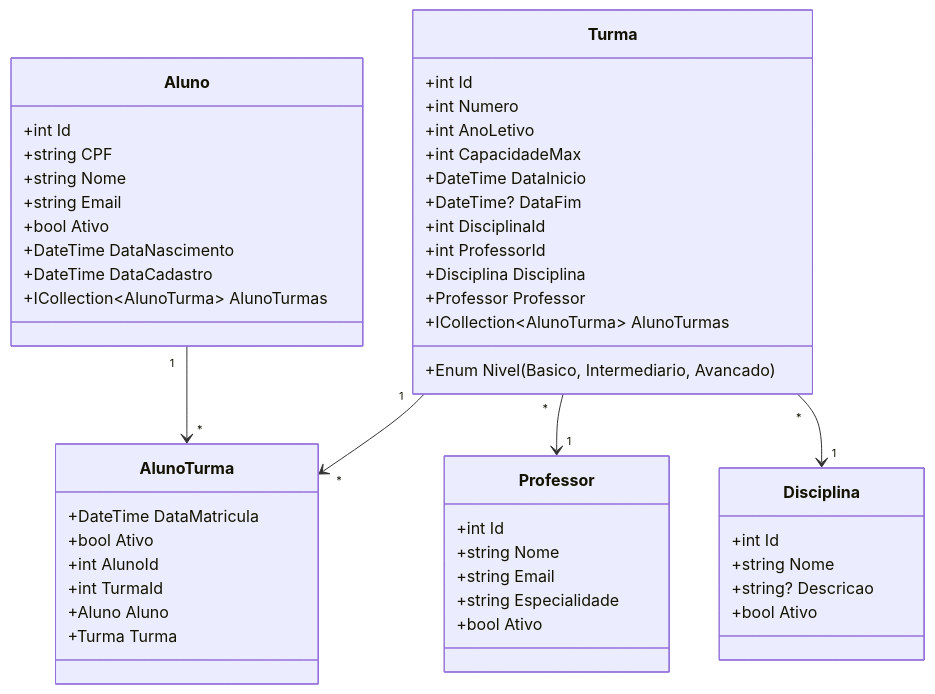
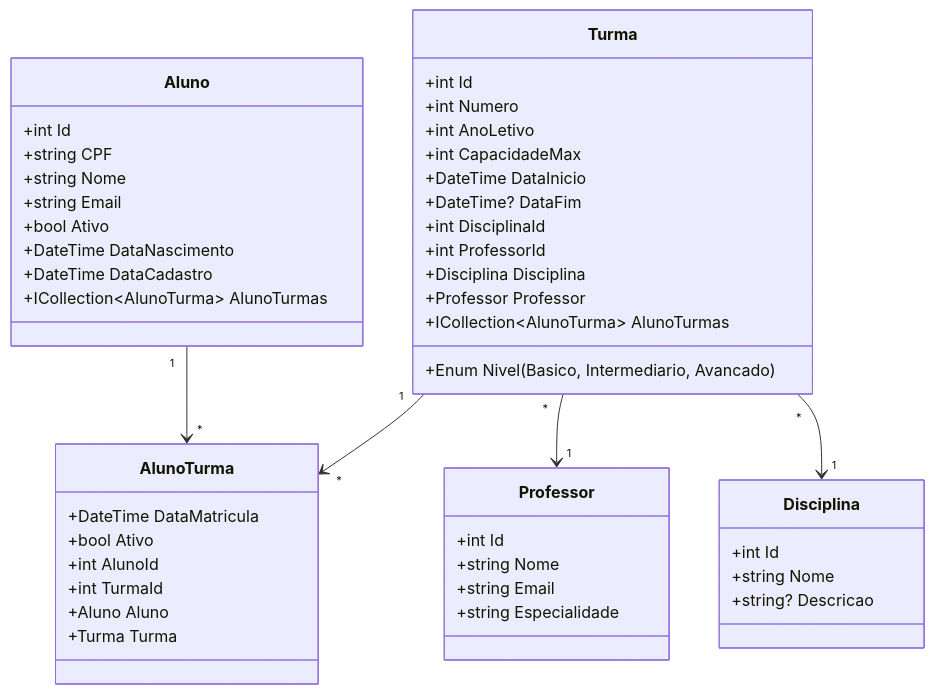
Before and after one commit to carlosfelipesantos/SpeakCore: the diagram in README.md, drawn with Mermaid.

Commit message:
Update README.md
Removed 'Ativo' property from 'Professor' and 'Disciplina' classes.

````diff
--- a/README.md
+++ b/README.md
@@ -33,57 +33,55 @@
 ```mermaid
 classDiagram
     class Aluno {
         +int Id
         +string CPF
         +string Nome
         +string Email
         +bool Ativo
         +DateTime DataNascimento
         +DateTime DataCadastro
         +ICollection~AlunoTurma~ AlunoTurmas
     }
 
     class Turma {
         +int Id
         +int Numero
         +int AnoLetivo
         +int CapacidadeMax
         +Enum Nivel (Basico, Intermediario, Avancado)
         +DateTime DataInicio
         +DateTime? DataFim
         +int DisciplinaId
         +int ProfessorId
         +Disciplina Disciplina
         +Professor Professor
         +ICollection~AlunoTurma~ AlunoTurmas
     }
 
     class Professor {
         +int Id
         +string Nome
         +string Email
         +string Especialidade
-        +bool Ativo
     }
 
     class Disciplina {
         +int Id
         +string Nome
         +string? Descricao
-        +bool Ativo
     }
 
     class AlunoTurma {
         +DateTime DataMatricula
         +bool Ativo
         +int AlunoId
         +int TurmaId
         +Aluno Aluno
         +Turma Turma
     }
 
     Aluno "1" --> "*" AlunoTurma
     Turma "1" --> "*" AlunoTurma
     Turma "*" --> "1" Professor
     Turma "*" --> "1" Disciplina
 ```
````
